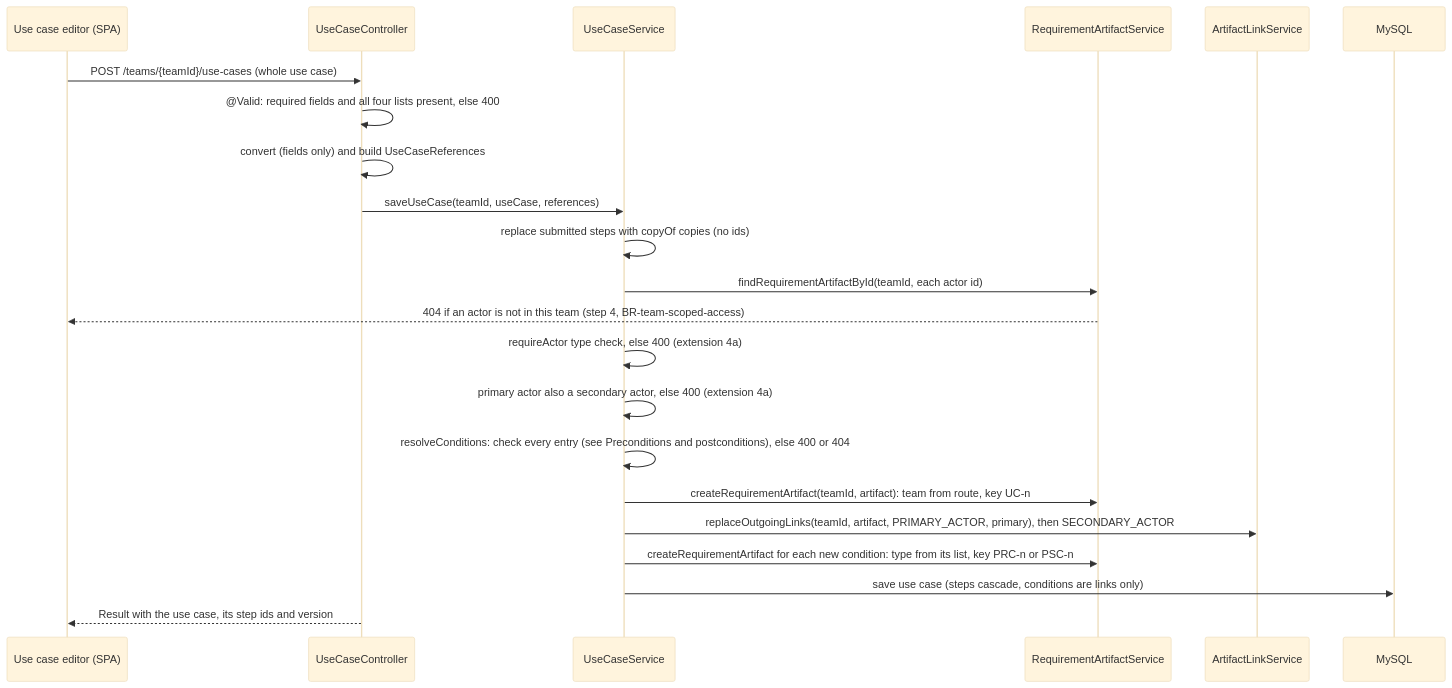
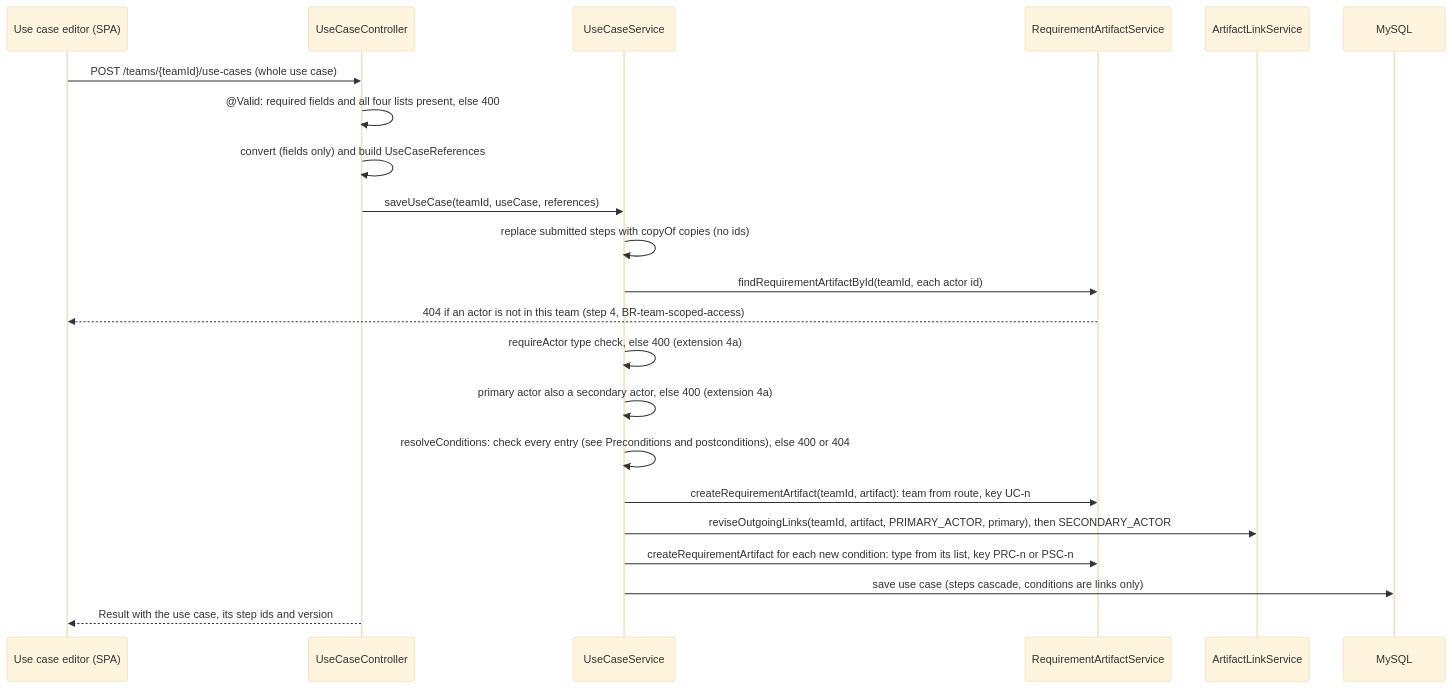
The second of 8 diagrams in docs/design/doc.md (Washingtonwei/project-pulse), drawn with Mermaid (base theme) before and after one commit. The commit also changed other lines of this file and 5 other files, not shown here.

First line of the commit message:
Rename replaceOutgoingLinks to reviseOutgoingLinks and explain each step

````diff
--- a/docs/design/doc.md
+++ b/docs/design/doc.md
@@ -155,24 +155,24 @@
 ```mermaid
 sequenceDiagram
     participant E as Use case editor (SPA)
     participant C as UseCaseController
     participant S as UseCaseService
     participant R as RequirementArtifactService
     participant L as ArtifactLinkService
     participant DB as MySQL
     E->>C: POST /teams/{teamId}/use-cases (whole use case)
     C->>C: @Valid: required fields and all four lists present, else 400
     C->>C: convert (fields only) and build UseCaseReferences
     C->>S: saveUseCase(teamId, useCase, references)
     S->>S: replace submitted steps with copyOf copies (no ids)
     S->>R: findRequirementArtifactById(teamId, each actor id)
     R-->>E: 404 if an actor is not in this team (step 4, BR-team-scoped-access)
     S->>S: requireActor type check, else 400 (extension 4a)
     S->>S: primary actor also a secondary actor, else 400 (extension 4a)
     S->>S: resolveConditions: check every entry (see Preconditions and postconditions), else 400 or 404
     S->>R: createRequirementArtifact(teamId, artifact): team from route, key UC-n
-    S->>L: replaceOutgoingLinks(teamId, artifact, PRIMARY_ACTOR, primary), then SECONDARY_ACTOR
+    S->>L: reviseOutgoingLinks(teamId, artifact, PRIMARY_ACTOR, primary), then SECONDARY_ACTOR
     S->>R: createRequirementArtifact for each new condition: type from its list, key PRC-n or PSC-n
     S->>DB: save use case (steps cascade, conditions are links only)
     C-->>E: Result with the use case, its step ids and version
 ```
````
